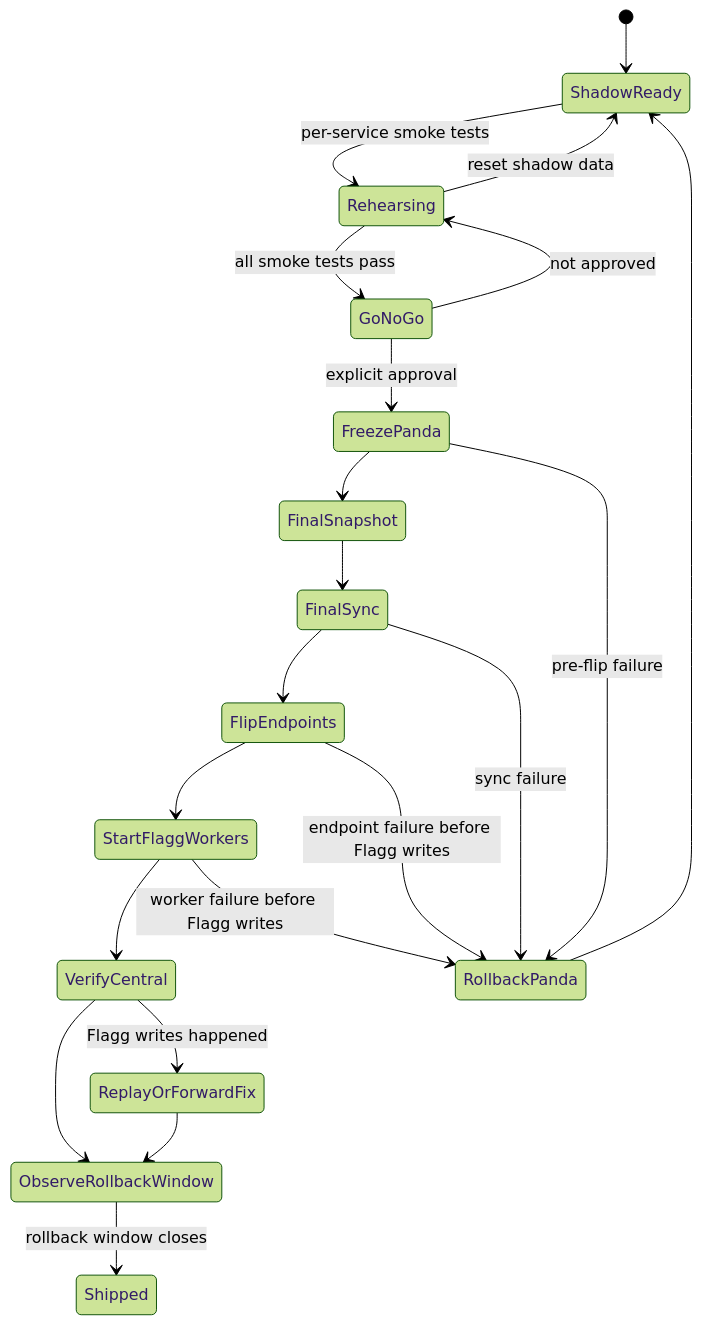
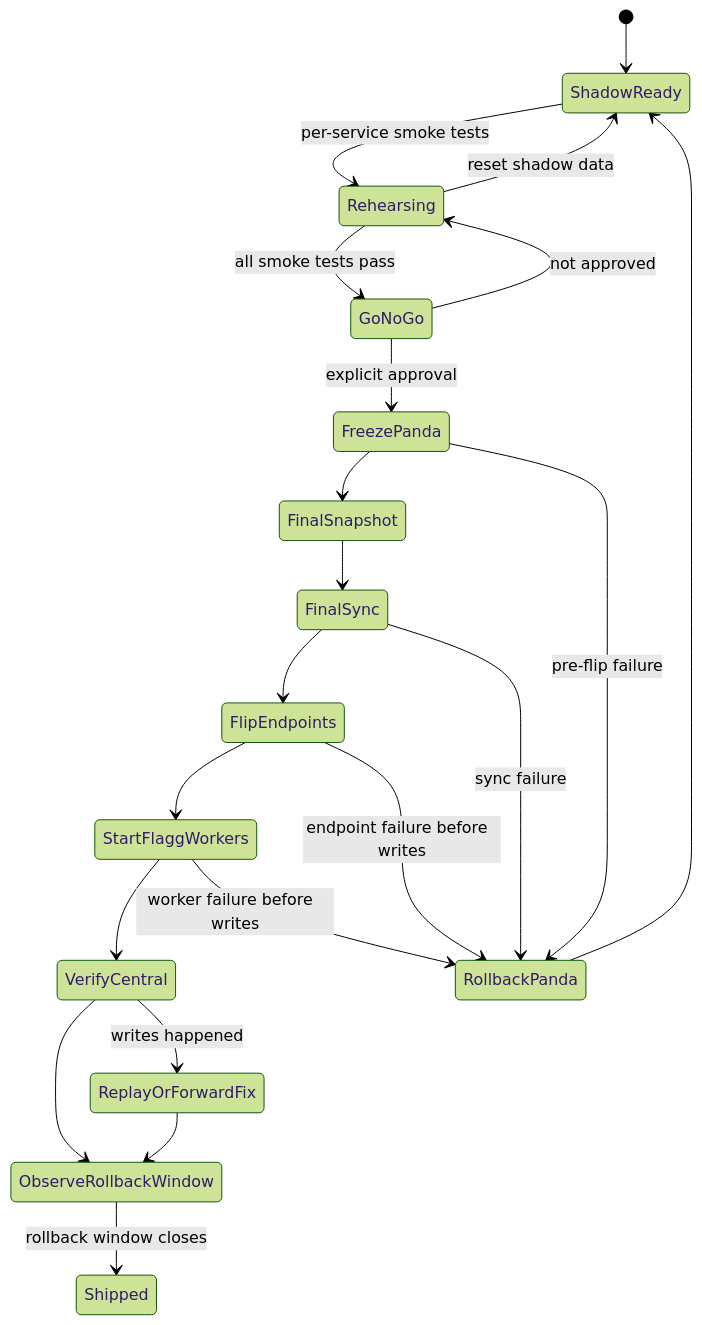
One commit to joelhooks/joelclaw changed the diagram in docs/runbooks/flagg-gate5-staged-migration.md. Above: the diagram before and after it, drawn with Mermaid (forest theme). The commit also changed other lines of this file and 144 other files, not shown here.

````diff
--- a/docs/runbooks/flagg-gate5-staged-migration.md
+++ b/docs/runbooks/flagg-gate5-staged-migration.md
@@ -74,25 +76,25 @@
 ```mermaid
 stateDiagram-v2
   [*] --> ShadowReady
   ShadowReady --> Rehearsing: per-service smoke tests
   Rehearsing --> ShadowReady: reset shadow data
   Rehearsing --> GoNoGo: all smoke tests pass
   GoNoGo --> Rehearsing: not approved
   GoNoGo --> FreezePanda: explicit approval
   FreezePanda --> FinalSnapshot
   FinalSnapshot --> FinalSync
   FinalSync --> FlipEndpoints
   FlipEndpoints --> StartFlaggWorkers
   StartFlaggWorkers --> VerifyCentral
   VerifyCentral --> ObserveRollbackWindow
   ObserveRollbackWindow --> Shipped: rollback window closes
 
   FreezePanda --> RollbackPanda: pre-flip failure
   FinalSync --> RollbackPanda: sync failure
-  FlipEndpoints --> RollbackPanda: endpoint failure before Flagg writes
-  StartFlaggWorkers --> RollbackPanda: worker failure before Flagg writes
-  VerifyCentral --> ReplayOrForwardFix: Flagg writes happened
+  FlipEndpoints --> RollbackPanda: endpoint failure before <central-host> writes
+  StartFlaggWorkers --> RollbackPanda: worker failure before <central-host> writes
+  VerifyCentral --> ReplayOrForwardFix: <central-host> writes happened
   ReplayOrForwardFix --> ObserveRollbackWindow
 
   RollbackPanda --> ShadowReady
 ```
````
